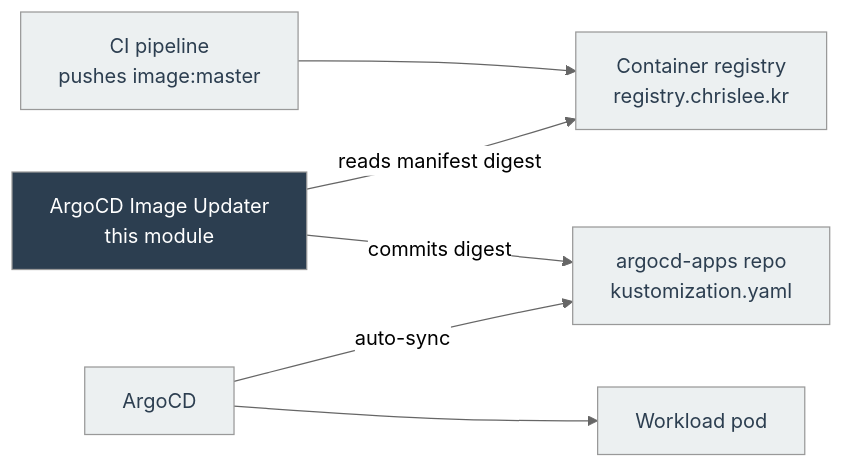
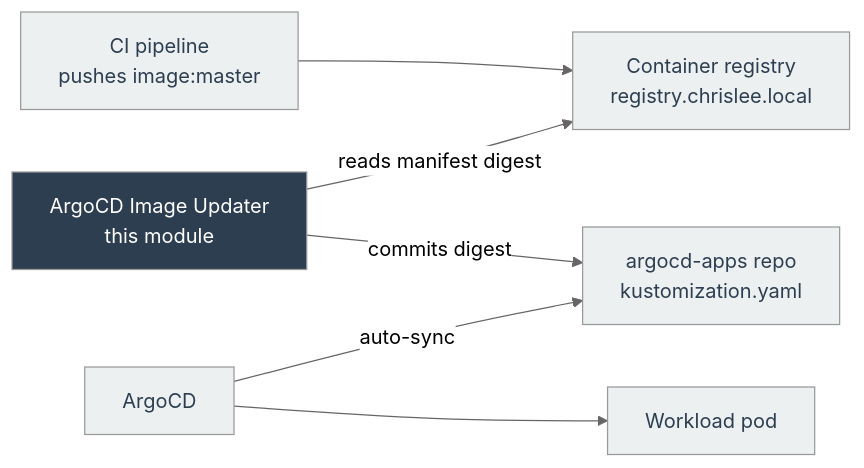
One commit to chrisleekr/homelab-infrastructure changed the first of 2 diagrams in stage2/argocd-image-updater/README.md. Above: the diagram before and after it, drawn with Mermaid (neutral theme). The commit also changed other lines of this file and 2 other files, not shown here.

````diff
--- a/stage2/argocd-image-updater/README.md
+++ b/stage2/argocd-image-updater/README.md
@@ -11,18 +11,18 @@
 ```mermaid
 flowchart LR
     CIPipeline["CI pipeline<br/>pushes image:master"]:::infra
-    Registry["Container registry<br/>registry.chrislee.kr"]:::infra
+    Registry["Container registry<br/>registry.chrislee.local"]:::infra
     Updater["ArgoCD Image Updater<br/>this module"]:::owned
     GitOpsRepo["argocd-apps repo<br/>kustomization.yaml"]:::infra
     ArgoCD["ArgoCD"]:::infra
     Workload["Workload pod"]:::infra
 
     CIPipeline --> Registry
     Updater -->|"reads manifest digest"| Registry
     Updater -->|"commits digest"| GitOpsRepo
     ArgoCD -->|"auto-sync"| GitOpsRepo
     ArgoCD --> Workload
 
     classDef owned fill:#2c3e50,color:#ffffff
     classDef infra fill:#ecf0f1,color:#2c3e50
 ```
````
